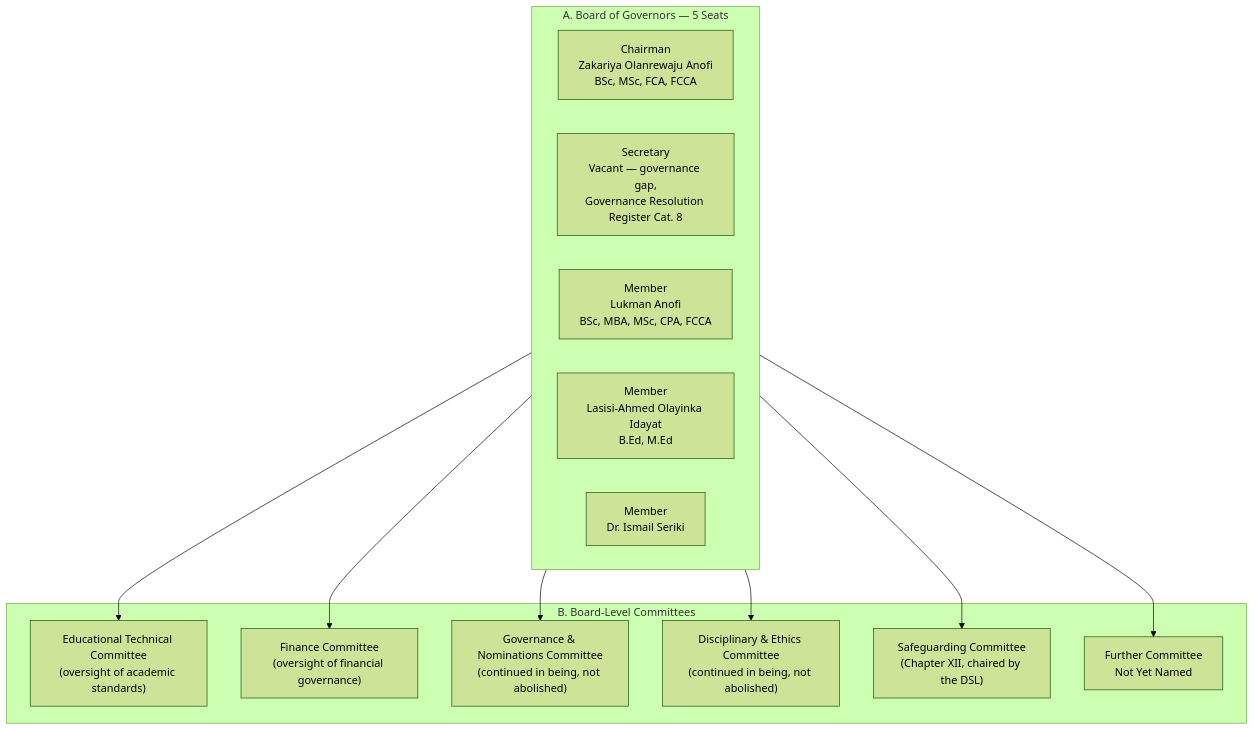
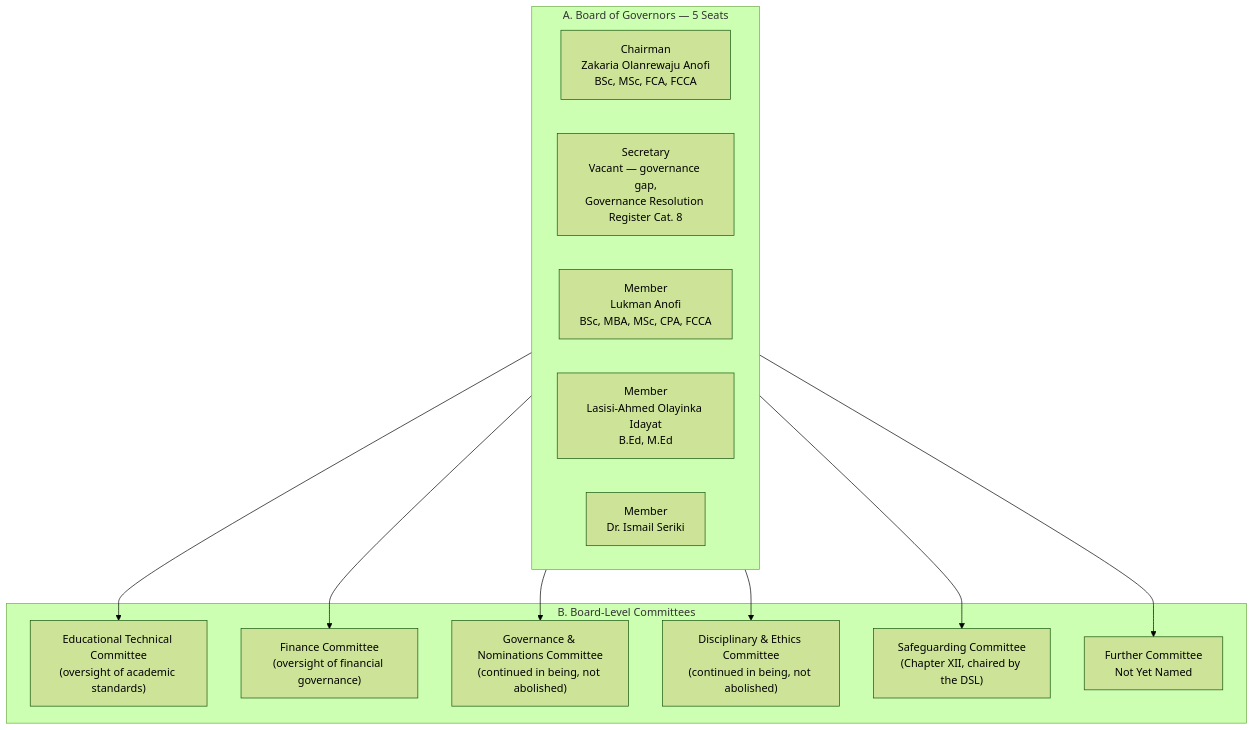
Before and after one commit to ahmadsulaimiy1/Sultan-: the second of 4 diagrams in docs/organisational-structure-manual.md, drawn with Mermaid (forest theme). The commit also changed other lines of this file and 184 other files, not shown here.

````diff
--- a/docs/organisational-structure-manual.md
+++ b/docs/organisational-structure-manual.md
@@ -133,26 +133,26 @@
 ```mermaid
 flowchart TD
   subgraph A["A. Board of Governors — 5 Seats"]
-    Chair["Chairman<br/>Zakariya Olanrewaju Anofi<br/>BSc, MSc, FCA, FCCA"]
+    Chair["Chairman<br/>Zakaria Olanrewaju Anofi<br/>BSc, MSc, FCA, FCCA"]
     Sec["Secretary<br/>Vacant — governance gap,<br/>Governance Resolution Register Cat. 8"]
     Mem1["Member<br/>Lukman Anofi<br/>BSc, MBA, MSc, CPA, FCCA"]
     Mem2["Member<br/>Lasisi-Ahmed Olayinka Idayat<br/>B.Ed, M.Ed"]
     Mem3["Member<br/>Dr. Ismail Seriki"]
   end
 
   subgraph B["B. Board-Level Committees"]
     ETC["Educational Technical Committee<br/>(oversight of academic standards)"]
     FC["Finance Committee<br/>(oversight of financial governance)"]
     GN["Governance & Nominations Committee<br/>(continued in being, not abolished)"]
     DE["Disciplinary & Ethics Committee<br/>(continued in being, not abolished)"]
     SG["Safeguarding Committee<br/>(Chapter XII, chaired by the DSL)"]
     TBD["Further Committee<br/>Not Yet Named"]
   end
 
   A --> ETC
   A --> FC
   A --> GN
   A --> DE
   A --> SG
   A --> TBD
 ```
````
